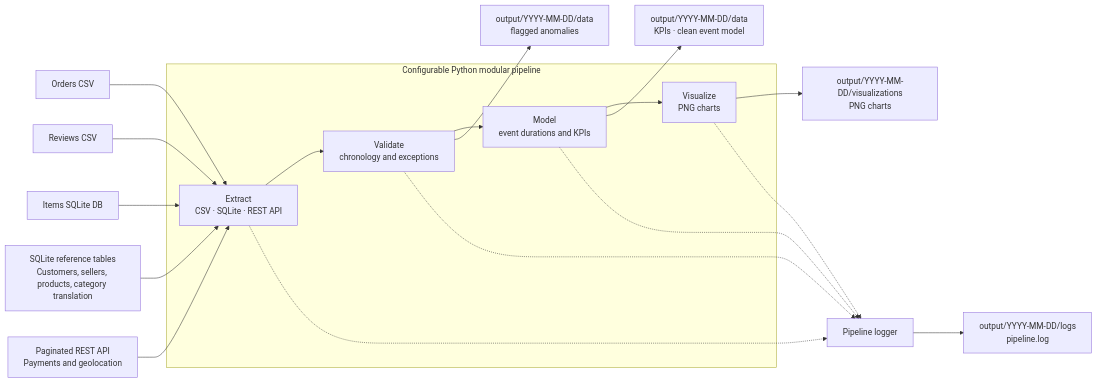
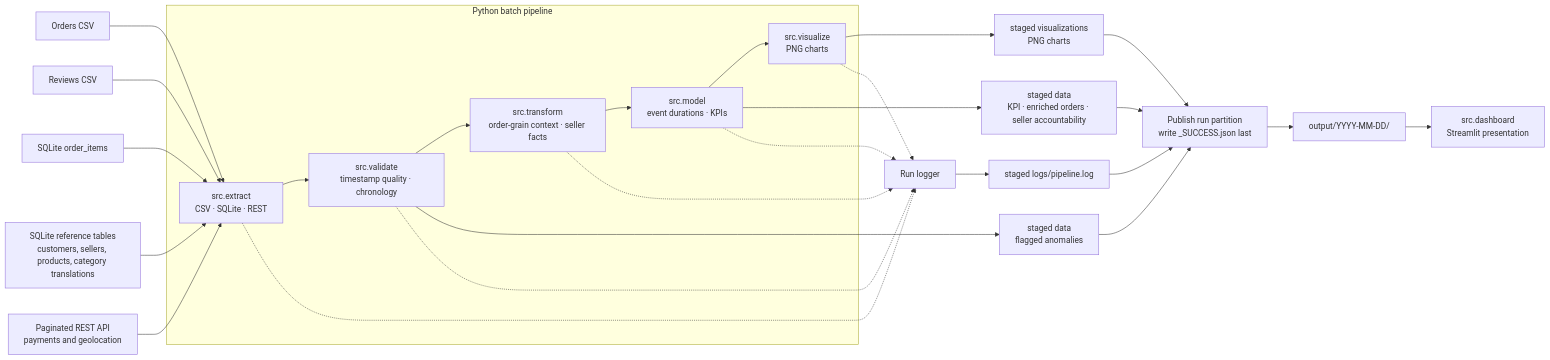
Before and after one commit to MineshShaw/olist-fde-pipeline: the diagram in docs/source-map.mmd, drawn with Mermaid. The commit also changed 32 other files, not shown here.

First line of the commit message:
Implement order enrichment, seller accountability, and run-publication integrity

```diff
--- a/docs/source-map.mmd
+++ b/docs/source-map.mmd
@@ -1,29 +1,38 @@
 flowchart LR
     OrdersCSV["Orders CSV"]
     ReviewsCSV["Reviews CSV"]
-    ItemsDB["Items SQLite DB"]
-    ReferenceDB["SQLite reference tables<br/>Customers, sellers, products, category translation"]
-    RestAPI["Paginated REST API<br/>Payments and geolocation"]
+    ItemsDB["SQLite order_items"]
+    ReferenceDB["SQLite reference tables<br/>customers, sellers, products, category translations"]
+    RestAPI["Paginated REST API<br/>payments and geolocation"]
 
-    subgraph Pipeline["Configurable Python modular pipeline"]
-        Extract["Extract<br/>CSV · SQLite · REST API"]
-        Validate["Validate<br/>chronology and exceptions"]
-        Model["Model<br/>event durations and KPIs"]
-        Visualize["Visualize<br/>PNG charts"]
-        Extract --> Validate --> Model --> Visualize
+    subgraph Pipeline["Python batch pipeline"]
+        Extract["src.extract<br/>CSV · SQLite · REST"]
+        Validate["src.validate<br/>timestamp quality · chronology"]
+        Transform["src.transform<br/>order-grain context · seller facts"]
+        Model["src.model<br/>event durations · KPIs"]
+        Visualize["src.visualize<br/>PNG charts"]
+        Extract --> Validate --> Transform --> Model --> Visualize
     end
 
     OrdersCSV --> Extract
     ReviewsCSV --> Extract
     ItemsDB --> Extract
     ReferenceDB --> Extract
     RestAPI --> Extract
 
-    Model --> DataOut["output/YYYY-MM-DD/data<br/>KPIs · clean event model"]
-    Validate --> Anomalies["output/YYYY-MM-DD/data<br/>flagged anomalies"]
-    Visualize --> VizOut["output/YYYY-MM-DD/visualizations<br/>PNG charts"]
-    Extract -.-> Logger["Pipeline logger"]
+    Model --> DataOut["staged data<br/>KPI · enriched orders · seller accountability"]
+    Validate --> Anomalies["staged data<br/>flagged anomalies"]
+    Visualize --> VizOut["staged visualizations<br/>PNG charts"]
+    Extract -.-> Logger["Run logger"]
     Validate -.-> Logger
+    Transform -.-> Logger
     Model -.-> Logger
     Visualize -.-> Logger
-    Logger --> LogsOut["output/YYYY-MM-DD/logs<br/>pipeline.log"]
+    Logger --> LogsOut["staged logs/pipeline.log"]
+
+    DataOut --> Publish["Publish run partition<br/>write _SUCCESS.json last"]
+    Anomalies --> Publish
+    VizOut --> Publish
+    LogsOut --> Publish
+    Publish --> Partition["output/YYYY-MM-DD/"]
+    Partition --> Dashboard["src.dashboard<br/>Streamlit presentation"]
```
